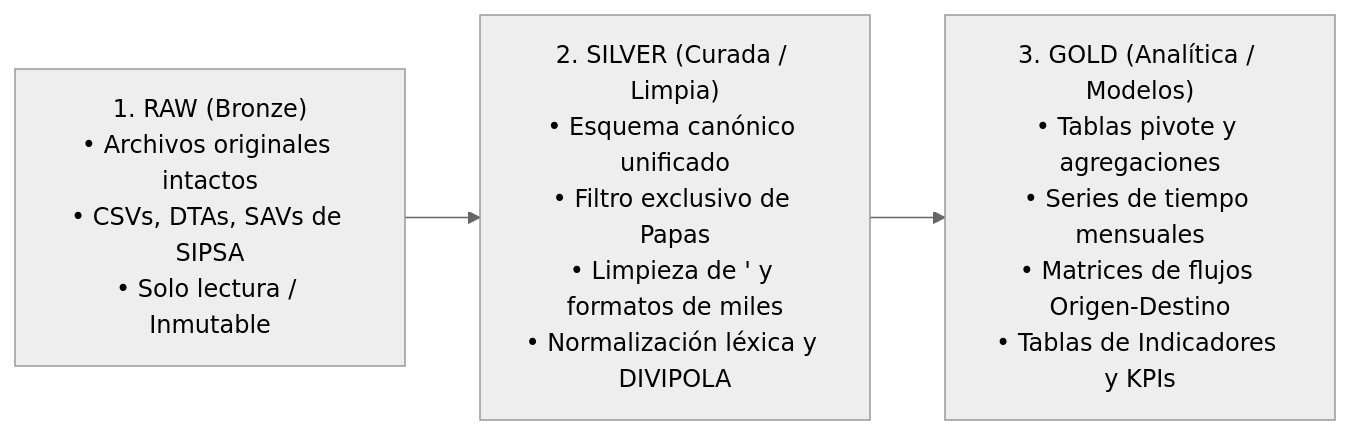
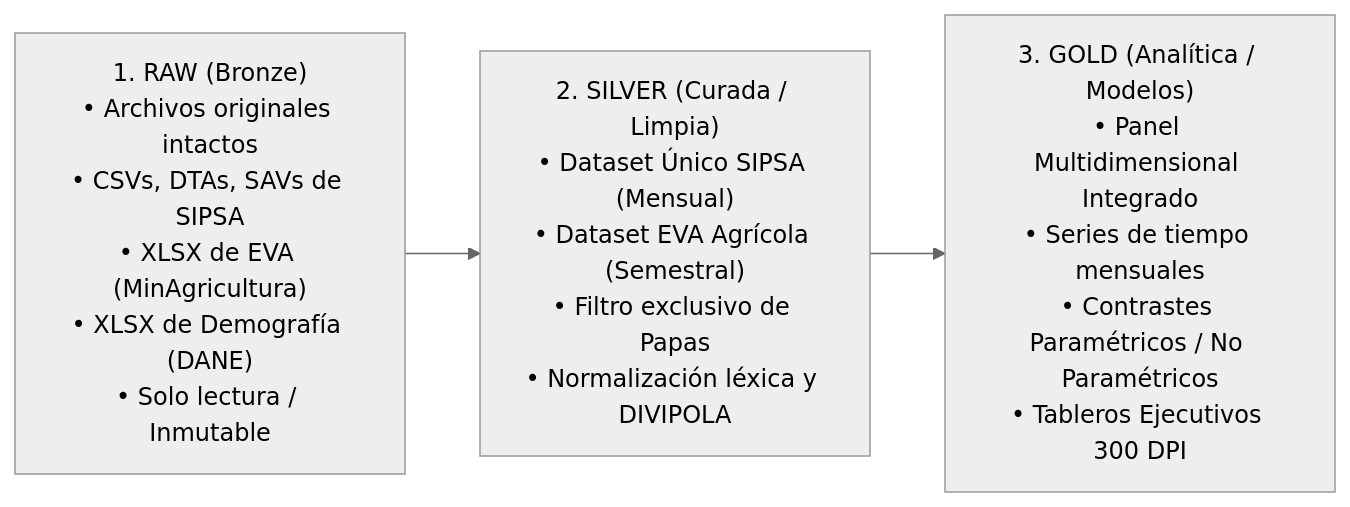
Before and after one commit to adansanchezc1-spec/Analisis-Nacional-Papa: the first of 2 diagrams in docs/documentos_tecnicos_estadisticos/manual_wrangling_gobernanza.md, drawn with Mermaid (neutral theme). The commit also changed other lines of this file and 54 other files, not shown here.

````diff
--- a/docs/documentos_tecnicos_estadisticos/manual_wrangling_gobernanza.md
+++ b/docs/documentos_tecnicos_estadisticos/manual_wrangling_gobernanza.md
@@ -29,8 +29,8 @@
 ```mermaid
 flowchart LR
-    RAW["1. RAW (Bronze)\n• Archivos originales intactos\n• CSVs, DTAs, SAVs de SIPSA\n• Solo lectura / Inmutable"]
+    RAW["1. RAW (Bronze)\n• Archivos originales intactos\n• CSVs, DTAs, SAVs de SIPSA\n• XLSX de EVA (MinAgricultura)\n• XLSX de Demografía (DANE)\n• Solo lectura / Inmutable"]
     
-    --> SILVER["2. SILVER (Curada / Limpia)\n• Esquema canónico unificado\n• Filtro exclusivo de Papas\n• Limpieza de ' y formatos de miles\n• Normalización léxica y DIVIPOLA"]
+    --> SILVER["2. SILVER (Curada / Limpia)\n• Dataset Único SIPSA (Mensual)\n• Dataset EVA Agrícola (Semestral)\n• Filtro exclusivo de Papas\n• Normalización léxica y DIVIPOLA"]
     
-    --> GOLD["3. GOLD (Analítica / Modelos)\n• Tablas pivote y agregaciones\n• Series de tiempo mensuales\n• Matrices de flujos Origen-Destino\n• Tablas de Indicadores y KPIs"]
+    --> GOLD["3. GOLD (Analítica / Modelos)\n• Panel Multidimensional Integrado\n• Series de tiempo mensuales\n• Contrastes Paramétricos / No Paramétricos\n• Tableros Ejecutivos 300 DPI"]
 ```
````
